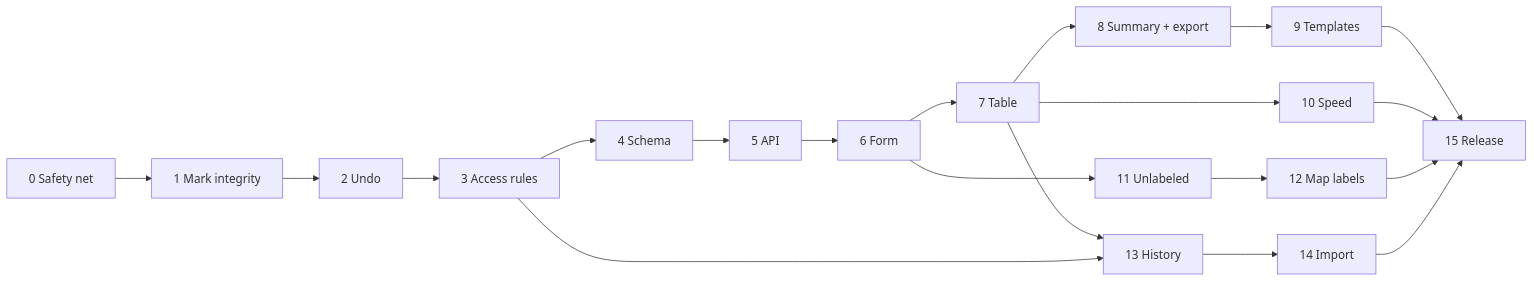
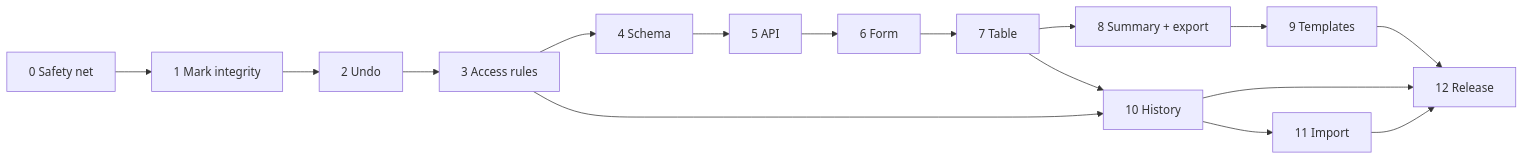
Before and after one commit to rcdjared/rcd-status-map: the diagram in docs/lot-register-roadmap-v2.md, drawn with Mermaid. The commit also changed other lines of this file and 8 other files, not shown here.

````diff
--- a/docs/lot-register-roadmap-v2.md
+++ b/docs/lot-register-roadmap-v2.md
@@ -68,22 +68,18 @@
 ```mermaid
 flowchart LR
   P0[0 Safety net] --> P1[1 Mark integrity]
   P1 --> P2[2 Undo]
   P2 --> P3[3 Access rules]
   P3 --> P4[4 Schema]
   P4 --> P5[5 API]
   P5 --> P6[6 Form]
   P6 --> P7[7 Table]
   P7 --> P8[8 Summary + export]
   P8 --> P9[9 Templates]
-  P7 --> P10[10 Speed]
-  P6 --> P11[11 Unlabeled]
-  P11 --> P12[12 Map labels]
-  P7 --> P13[13 History]
-  P3 --> P13
-  P13 --> P14[14 Import]
-  P9 --> P15[15 Release]
-  P10 --> P15
-  P12 --> P15
-  P14 --> P15
+  P7 --> P10[10 History]
+  P3 --> P10
+  P10 --> P11[11 Import]
+  P9 --> P12[12 Release]
+  P10 --> P12
+  P11 --> P12
 ```
````
